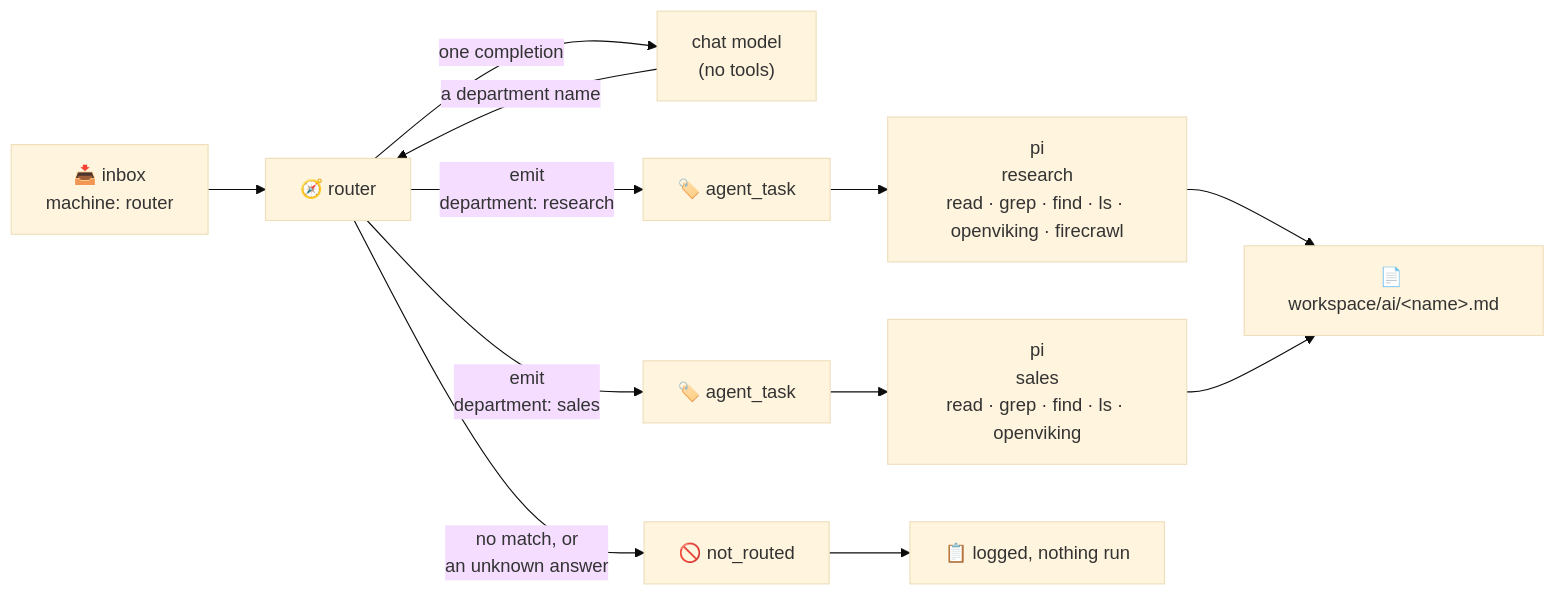
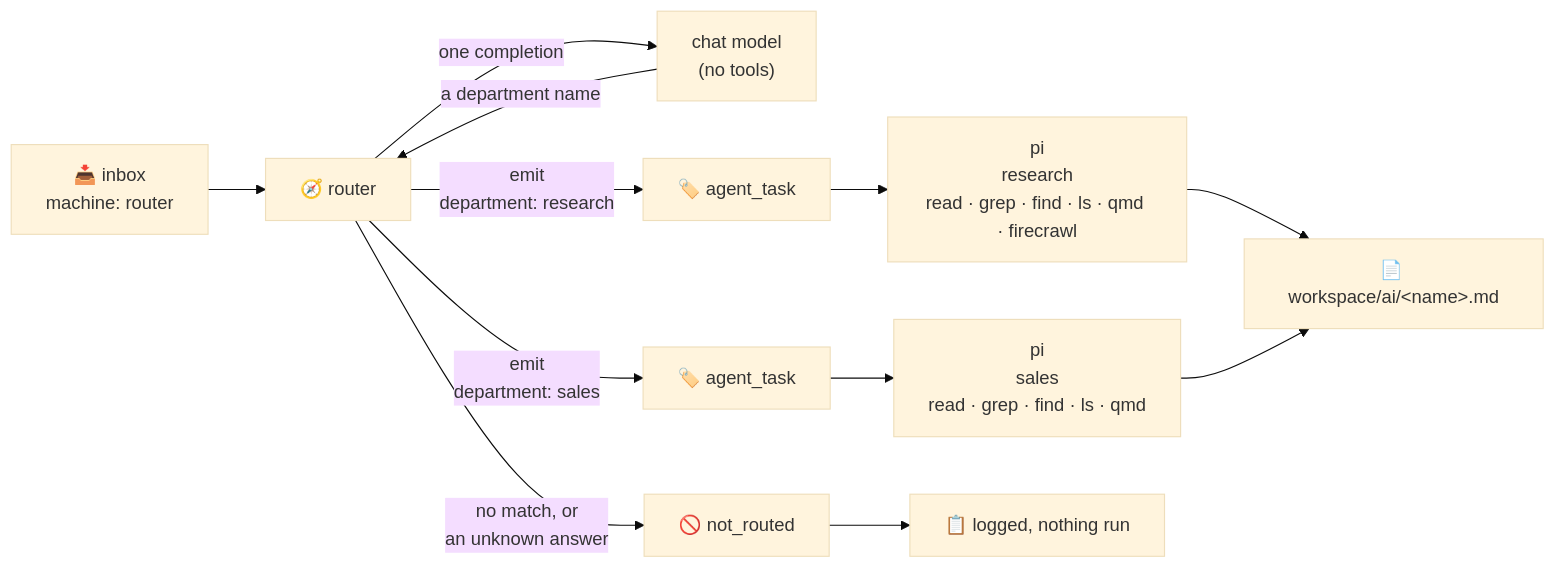
One commit to jtmckay/existential changed the diagram in site/docs/decree/routing.md. Above: the diagram before and after it, drawn with Mermaid (base theme). The commit also changed other lines of this file and 96 other files, not shown here.

````diff
--- a/site/docs/decree/routing.md
+++ b/site/docs/decree/routing.md
@@ -16,14 +16,14 @@
 ```mermaid
 flowchart LR
     A["📥 inbox\nmachine: router"] --> B["🧭 router"]
     B -->|one completion| C["chat model\n(no tools)"]
     C -->|"a department name"| B
     B -->|"emit\ndepartment: research"| D["🏷️ agent_task"]
     B -->|"emit\ndepartment: sales"| E["🏷️ agent_task"]
     B -->|"no match, or\nan unknown answer"| F["🚫 not_routed"]
-    D --> G["pi\nresearch\nread · grep · find · ls · openviking · firecrawl"]
-    E --> H["pi\nsales\nread · grep · find · ls · openviking"]
+    D --> G["pi\nresearch\nread · grep · find · ls · qmd · firecrawl"]
+    E --> H["pi\nsales\nread · grep · find · ls · qmd"]
     G --> I["📄 workspace/ai/&lt;name&gt;.md"]
     H --> I
     F --> J["📋 logged, nothing run"]
 ```
````
